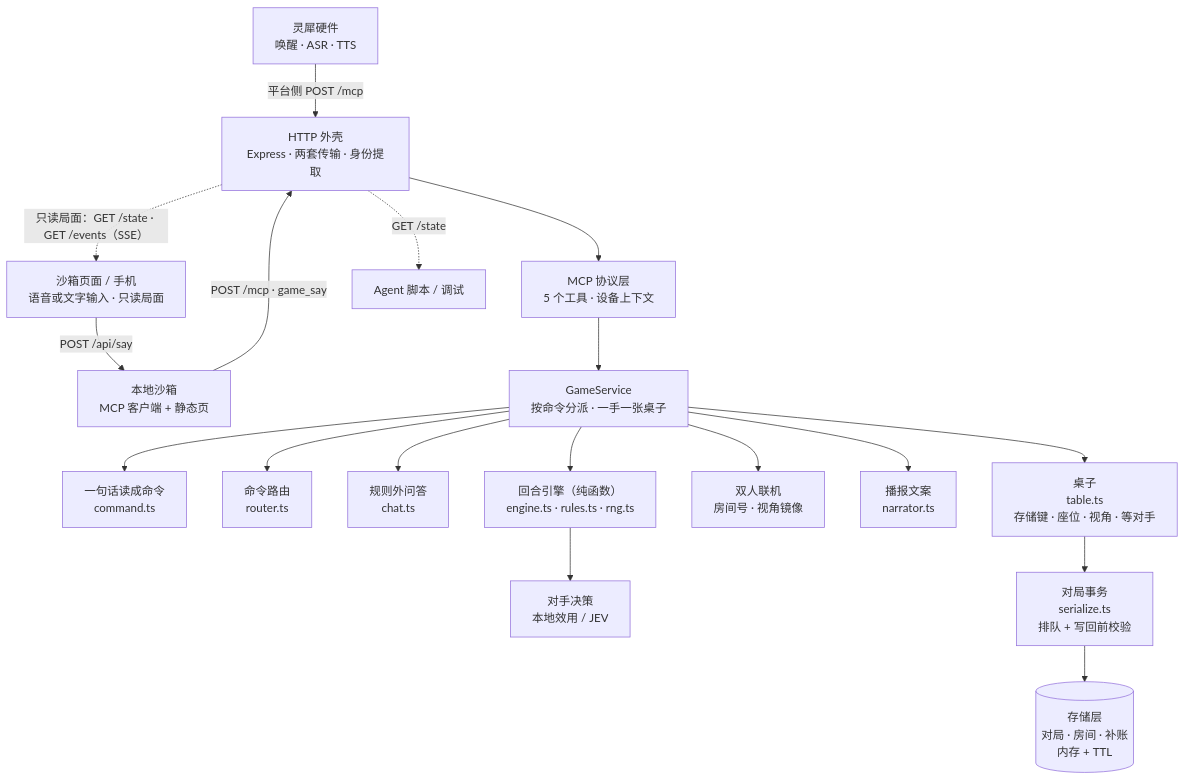
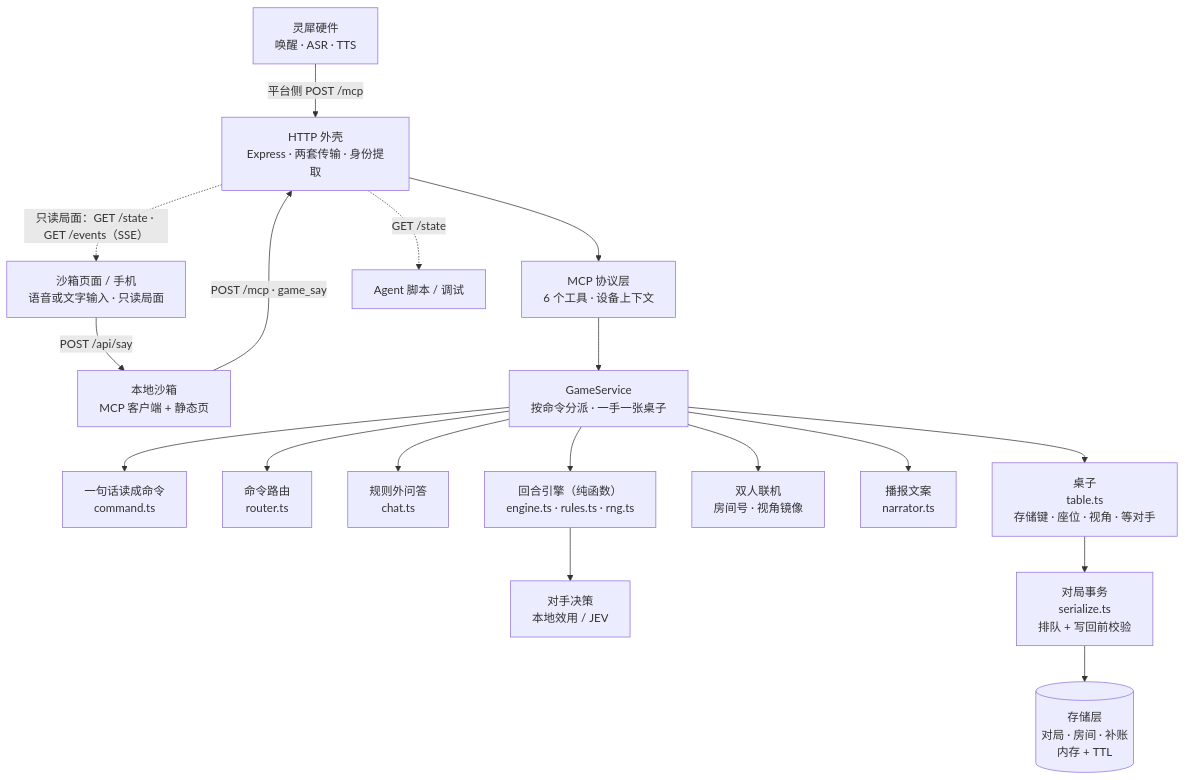
The diagram in README.md (sorcerer-ma/linx-fighter), drawn with Mermaid before and after one commit. The commit also changed other lines of this file and 19 other files, not shown here.

````diff
--- a/README.md
+++ b/README.md
@@ -179,20 +180,20 @@
 ```mermaid
 flowchart TB
   Device["灵犀硬件<br/>唤醒 · ASR · TTS"] -- "平台侧 POST /mcp" --> Http
   Web["沙箱页面 / 手机<br/>语音或文字输入 · 只读局面"] -- "POST /api/say" --> Sandbox["本地沙箱<br/>MCP 客户端 + 静态页"]
   Sandbox -- "POST /mcp · game_say" --> Http
-  Http["HTTP 外壳<br/>Express · 两套传输 · 身份提取"] --> Mcp["MCP 协议层<br/>5 个工具 · 设备上下文"]
+  Http["HTTP 外壳<br/>Express · 两套传输 · 身份提取"] --> Mcp["MCP 协议层<br/>6 个工具 · 设备上下文"]
   Mcp --> Service["GameService<br/>按命令分派 · 一手一张桌子"]
   Service --> Command["一句话读成命令<br/>command.ts"]
   Service --> Router["命令路由<br/>router.ts"]
   Service --> Chat["规则外问答<br/>chat.ts"]
   Service --> Engine["回合引擎（纯函数）<br/>engine.ts · rules.ts · rng.ts"]
   Engine --> Enemy["对手决策<br/>本地效用 / JEV"]
   Service --> Pvp["双人联机<br/>房间号 · 视角镜像"]
   Service --> Narrator["播报文案<br/>narrator.ts"]
   Service --> Table["桌子<br/>table.ts<br/>存储键 · 座位 · 视角 · 等对手"]
   Table --> Tx["对局事务<br/>serialize.ts<br/>排队 + 写回前校验"]
   Tx --> Stores[("存储层<br/>对局 · 房间 · 补账<br/>内存 + TTL")]
   Http -.->|"只读局面：GET /state · GET /events（SSE）"| Web
   Http -.->|"GET /state"| Agent["Agent 脚本 / 调试"]
 ```
````
